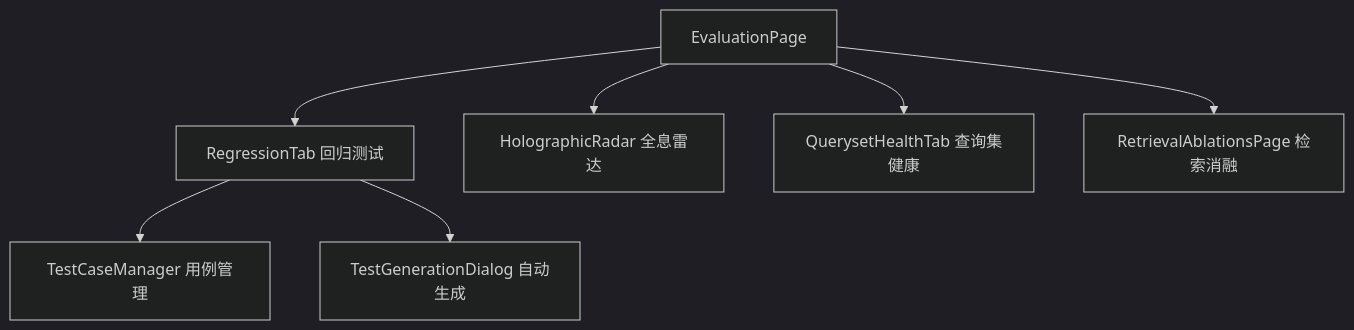
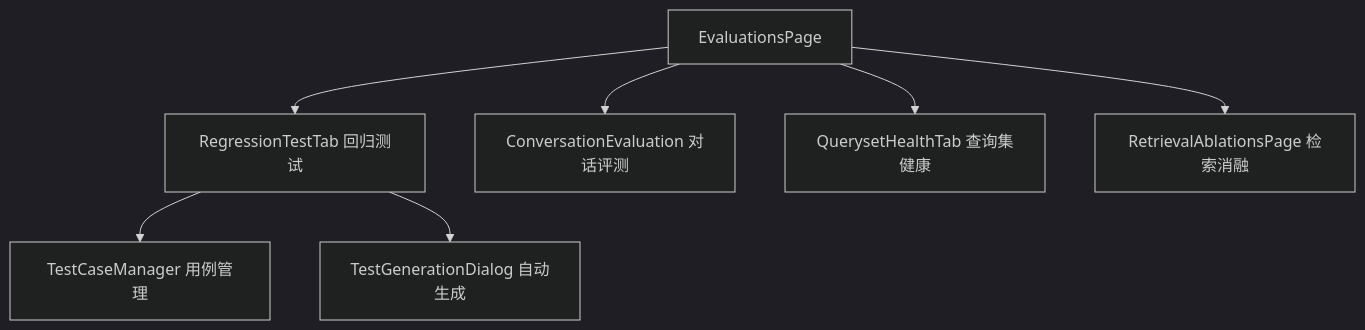
The diagram in docs-site/docs/frontend/more/evaluations.md (skygazer42/MimirQ), drawn with Mermaid (dark theme) before and after one commit. The commit also changed other lines of this file and 3886 other files, not shown here.

````diff
--- a/docs-site/docs/frontend/more/evaluations.md
+++ b/docs-site/docs/frontend/more/evaluations.md
@@ -21,9 +22,9 @@
 ```mermaid
 graph TD
-  A[EvaluationPage] --> B[RegressionTab 回归测试]
-  A --> C[HolographicRadar 全息雷达]
+  A[EvaluationsPage] --> B[RegressionTestTab 回归测试]
+  A --> C[ConversationEvaluation 对话评测]
   A --> D[QuerysetHealthTab 查询集健康]
   A --> E[RetrievalAblationsPage 检索消融]
   B --> F[TestCaseManager 用例管理]
   B --> G[TestGenerationDialog 自动生成]
 ```
````
